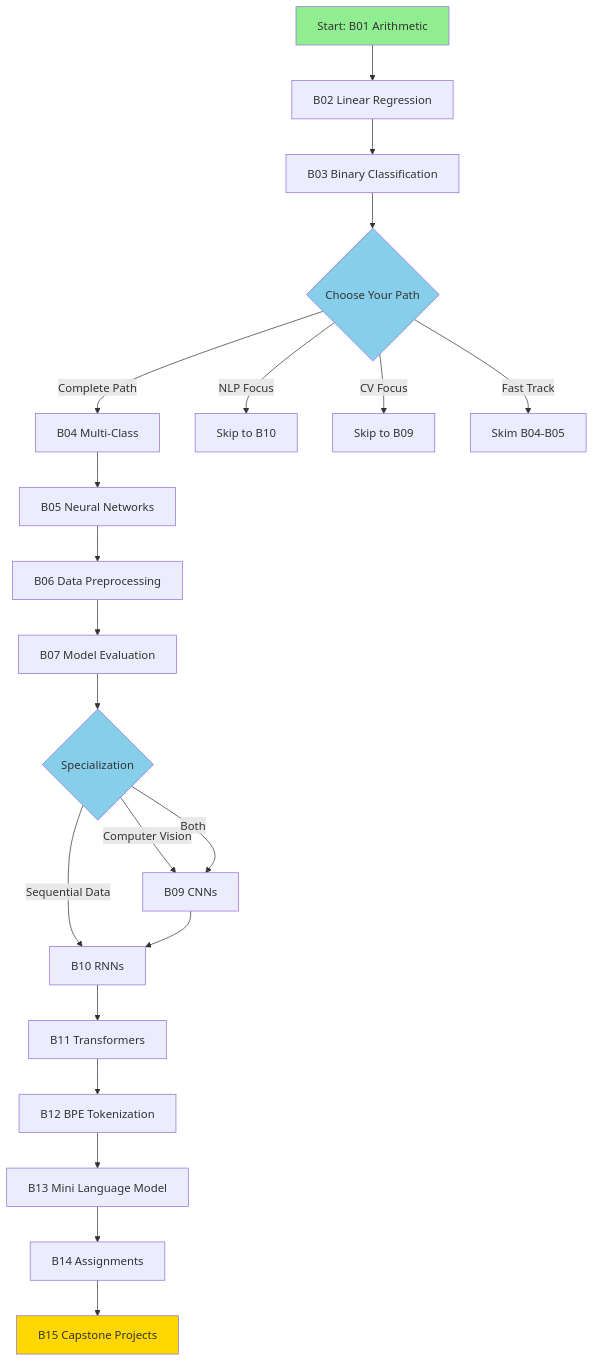
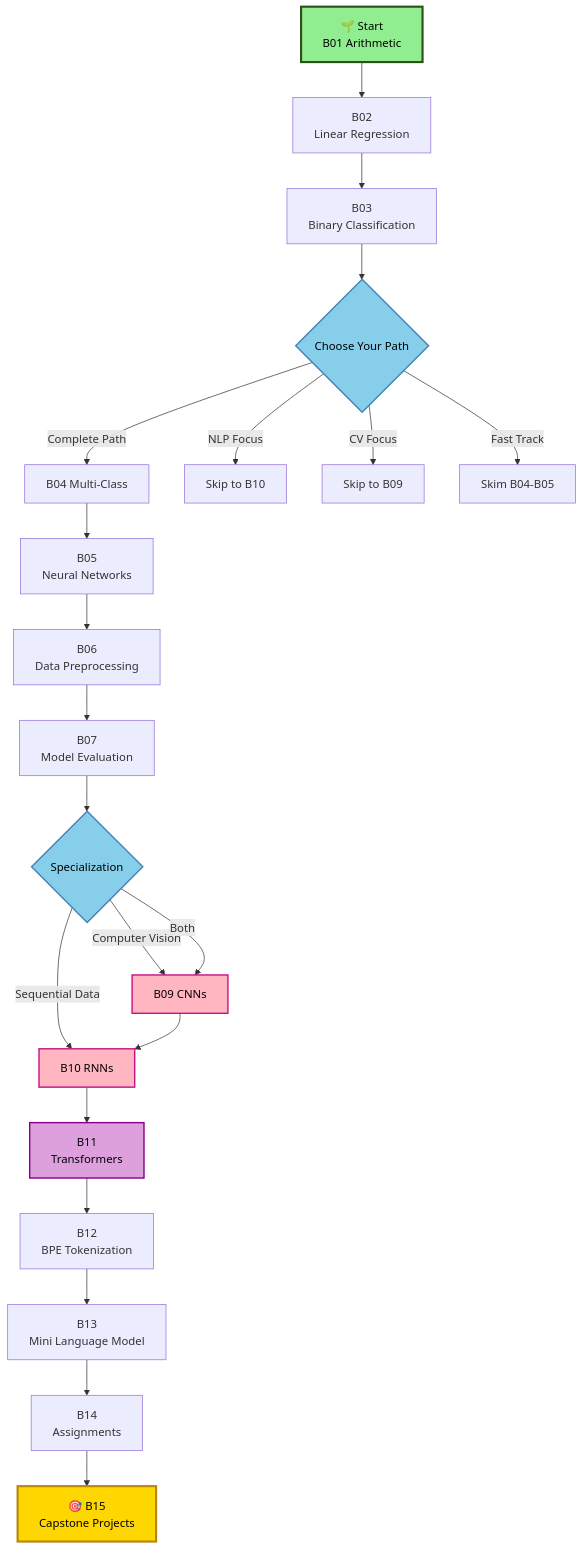
Before and after one commit to nexageapps/AI: the first of 10 diagrams in Basic/README.md, drawn with Mermaid. The commit also changed other lines of this file, not shown here.

````diff
--- a/Basic/README.md
+++ b/Basic/README.md
@@ -139,31 +139,34 @@
 ```mermaid
 graph TD
-    A[Start: B01 Arithmetic] --> B[B02 Linear Regression]
-    B --> C[B03 Binary Classification]
-    C --> D{Choose Your Path}
-    D -->|Complete Path| E[B04 Multi-Class]
-    D -->|NLP Focus| F[Skip to B10]
-    D -->|CV Focus| G[Skip to B09]
-    D -->|Fast Track| H[Skim B04-B05]
+    A["🌱 Start<br/>B01 Arithmetic"] --> B["B02<br/>Linear Regression"]
+    B --> C["B03<br/>Binary Classification"]
+    C --> D{"Choose Your Path"}
+    D -->|"Complete Path"| E["B04 Multi-Class"]
+    D -->|"NLP Focus"| F["Skip to B10"]
+    D -->|"CV Focus"| G["Skip to B09"]
+    D -->|"Fast Track"| H["Skim B04-B05"]
     
-    E --> I[B05 Neural Networks]
-    I --> J[B06 Data Preprocessing]
-    J --> K[B07 Model Evaluation]
-    K --> L{Specialization}
+    E --> I["B05<br/>Neural Networks"]
+    I --> J["B06<br/>Data Preprocessing"]
+    J --> K["B07<br/>Model Evaluation"]
+    K --> L{"Specialization"}
     
-    L -->|Computer Vision| M[B09 CNNs]
-    L -->|Sequential Data| N[B10 RNNs]
-    L -->|Both| M
+    L -->|"Computer Vision"| M["B09 CNNs"]
+    L -->|"Sequential Data"| N["B10 RNNs"]
+    L -->|"Both"| M
     M --> N
     
-    N --> O[B11 Transformers]
-    O --> P[B12 BPE Tokenization]
-    P --> Q[B13 Mini Language Model]
-    Q --> R[B14 Assignments]
-    R --> S[B15 Capstone Projects]
+    N --> O["B11<br/>Transformers"]
+    O --> P["B12<br/>BPE Tokenization"]
+    P --> Q["B13<br/>Mini Language Model"]
+    Q --> R["B14<br/>Assignments"]
+    R --> S["🎯 B15<br/>Capstone Projects"]
     
-    style A fill:#90EE90
-    style S fill:#FFD700
-    style D fill:#87CEEB
-    style L fill:#87CEEB
+    style A fill:#90EE90,stroke:#2d5016,stroke-width:3px,color:#000
+    style S fill:#FFD700,stroke:#b8860b,stroke-width:3px,color:#000
+    style D fill:#87CEEB,stroke:#4682b4,stroke-width:2px,color:#000
+    style L fill:#87CEEB,stroke:#4682b4,stroke-width:2px,color:#000
+    style M fill:#FFB6C1,stroke:#c71585,stroke-width:2px,color:#000
+    style N fill:#FFB6C1,stroke:#c71585,stroke-width:2px,color:#000
+    style O fill:#DDA0DD,stroke:#8b008b,stroke-width:2px,color:#000
 ```
````
